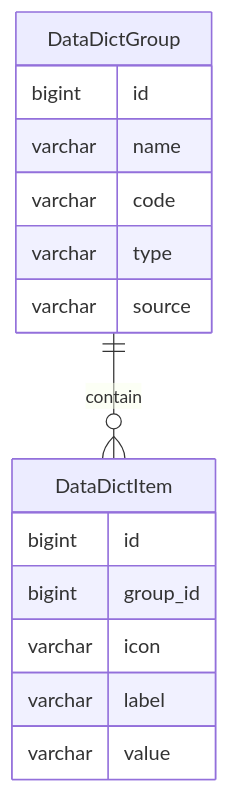
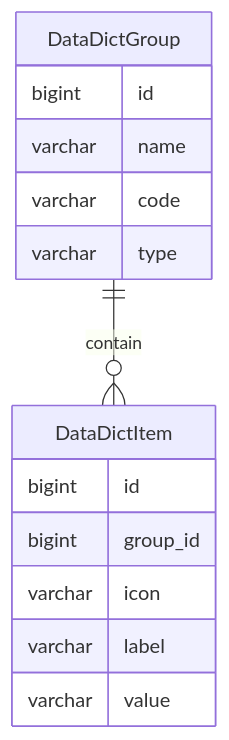
Before and after one commit to mrzhqiang/rowing: the diagram in docs/project/1.data-dict.md, drawn with Mermaid.

Commit message:
[docs] 删除 多余的文档内容

````diff
--- a/docs/project/1.data-dict.md
+++ b/docs/project/1.data-dict.md
@@ -28,18 +28,17 @@
 ```mermaid
 erDiagram
     DataDictGroup ||--o{ DataDictItem : contain
     DataDictGroup {
         bigint id
         varchar name
         varchar code
         varchar type
-        varchar source
     }
     DataDictItem {
         bigint id
         bigint group_id
         varchar icon
         varchar label
         varchar value
     }
 ```
````
